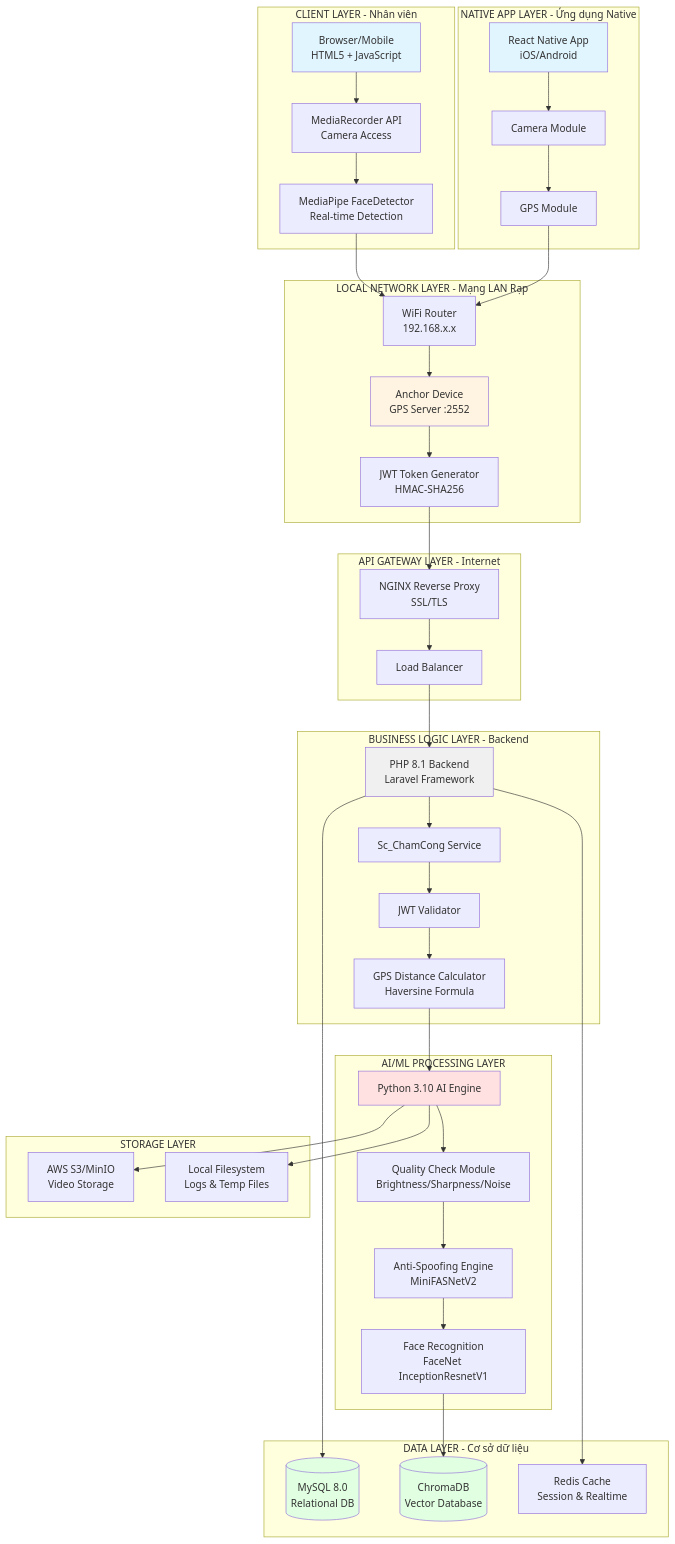
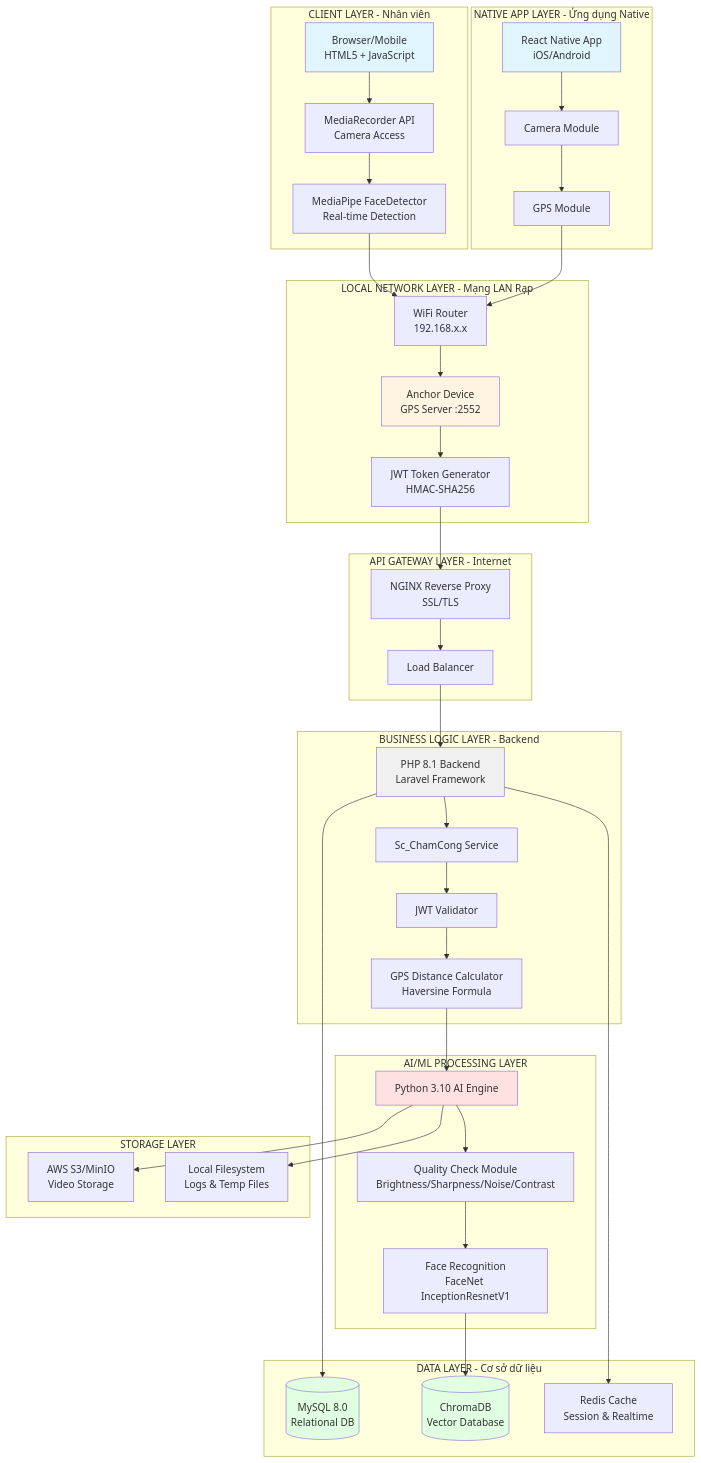
The first of 12 diagrams in doc/TAI_LIEU_CHAM_CONG.md (iuh21004175/EPIC--Theater-chain-management-system-NGINX-), drawn with Mermaid before and after one commit. The commit also changed other lines of this file, not shown here.

````diff
--- a/doc/TAI_LIEU_CHAM_CONG.md
+++ b/doc/TAI_LIEU_CHAM_CONG.md
@@ -20,74 +20,73 @@
 ```mermaid
 graph TB
     subgraph "CLIENT LAYER - Nhân viên"
         A[Browser/Mobile<br/>HTML5 + JavaScript]
         A1[MediaRecorder API<br/>Camera Access]
         A2[MediaPipe FaceDetector<br/>Real-time Detection]
     end
     
     subgraph "NATIVE APP LAYER - Ứng dụng Native"
         B[React Native App<br/>iOS/Android]
         B1[Camera Module]
         B2[GPS Module]
     end
     
     subgraph "LOCAL NETWORK LAYER - Mạng LAN Rạp"
         C[WiFi Router<br/>192.168.x.x]
         D[Anchor Device<br/>GPS Server :2552]
         D1[JWT Token Generator<br/>HMAC-SHA256]
     end
     
     subgraph "API GATEWAY LAYER - Internet"
         E[NGINX Reverse Proxy<br/>SSL/TLS]
         F[Load Balancer]
     end
     
     subgraph "BUSINESS LOGIC LAYER - Backend"
         G[PHP 8.1 Backend<br/>Laravel Framework]
         G1[Sc_ChamCong Service]
         G2[JWT Validator]
         G3[GPS Distance Calculator<br/>Haversine Formula]
     end
     
     subgraph "AI/ML PROCESSING LAYER"
         H[Python 3.10 AI Engine]
-        H1[Quality Check Module<br/>Brightness/Sharpness/Noise]
-        H2[Anti-Spoofing Engine<br/>MiniFASNetV2]
-        H3[Face Recognition<br/>FaceNet InceptionResnetV1]
+        H1[Quality Check Module<br/>Brightness/Sharpness/Noise/Contrast]
+        H2[Face Recognition<br/>FaceNet InceptionResnetV1]
     end
     
     subgraph "DATA LAYER - Cơ sở dữ liệu"
         I[(MySQL 8.0<br/>Relational DB)]
         J[(ChromaDB<br/>Vector Database)]
         K[Redis Cache<br/>Session & Realtime]
     end
     
     subgraph "STORAGE LAYER"
         L[AWS S3/MinIO<br/>Video Storage]
         M[Local Filesystem<br/>Logs & Temp Files]
     end
     
     A --> A1 --> A2
     B --> B1 --> B2
     A2 --> C
     B2 --> C
     C --> D --> D1
     D1 --> E
     E --> F --> G
     G --> G1 --> G2 --> G3
     G3 --> H
-    H --> H1 --> H2 --> H3
-    H3 --> J
+    H --> H1 --> H2
+    H2 --> J
     G --> I
     G --> K
     H --> L
     H --> M
     
     style A fill:#e1f5ff
     style B fill:#e1f5ff
     style D fill:#fff4e1
     style G fill:#f0f0f0
     style H fill:#ffe1e1
     style I fill:#e1ffe1
     style J fill:#e1ffe1
 ```
````
